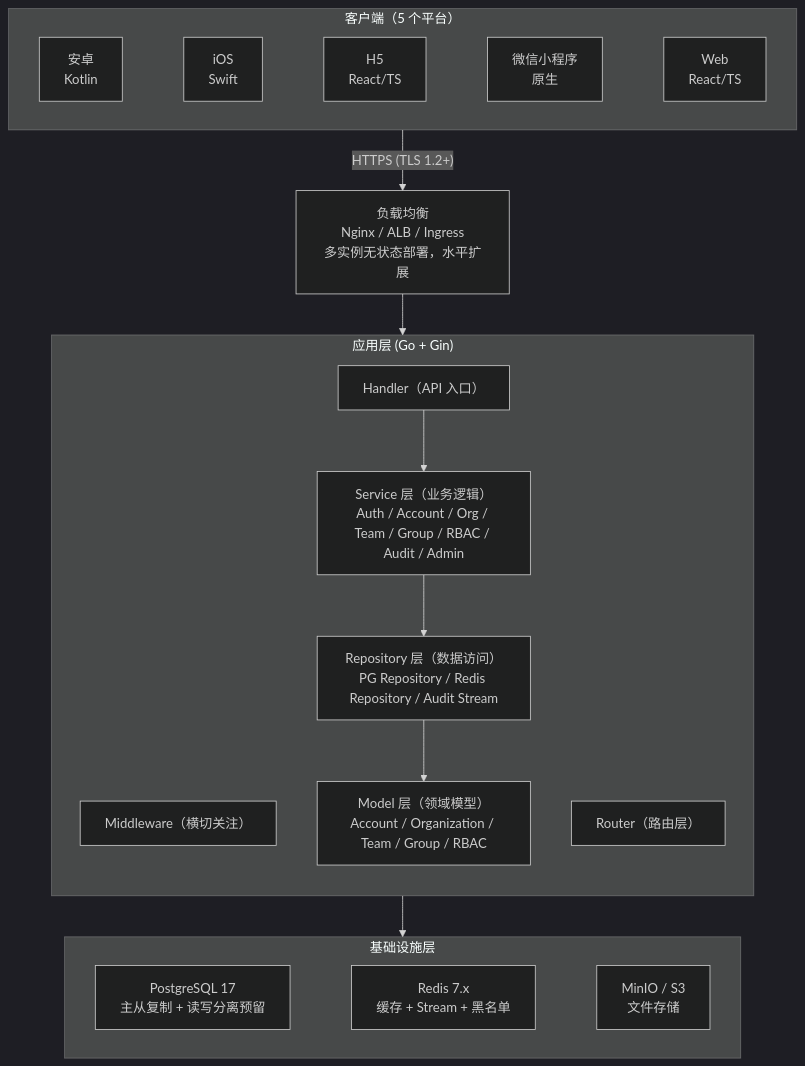
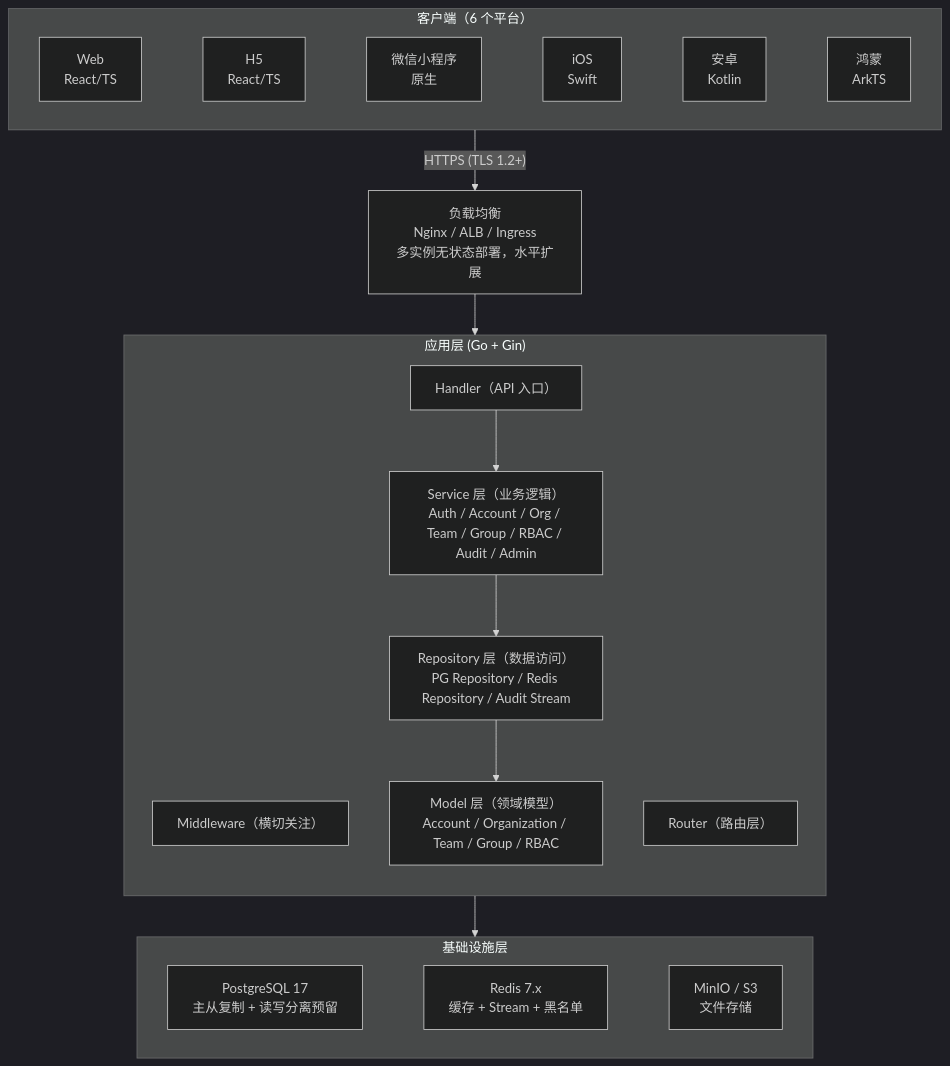
One commit to huangsf89757/XYFamily changed the first of 3 diagrams in wiki/03-架构与方案设计/01-基座/01-整体架构设计.md. Above: the diagram before and after it, drawn with Mermaid (dark theme). The commit also changed other lines of this file and 388 other files, not shown here.

````diff
--- a/wiki/03-架构与方案设计/01-基座/01-整体架构设计.md
+++ b/wiki/03-架构与方案设计/01-基座/01-整体架构设计.md
@@ -81,33 +83,33 @@
 ```mermaid
 graph TB
-    subgraph Client["客户端（5 个平台）"]
+    subgraph Client["客户端（6 个平台）"]
         direction LR
-        C1["安卓<br/>Kotlin"] ~~~ C2["iOS<br/>Swift"] ~~~ C3["H5<br/>React/TS"] ~~~ C4["微信小程序<br/>原生"] ~~~ C5["Web<br/>React/TS"]
+        C1["Web<br/>React/TS"] ~~~ C2["H5<br/>React/TS"] ~~~ C3["微信小程序<br/>原生"] ~~~ C4["iOS<br/>Swift"] ~~~ C5["安卓<br/>Kotlin"] ~~~ C6["鸿蒙<br/>ArkTS"]
     end
 
     Client -->|"HTTPS (TLS 1.2+)"| LB
 
     LB["负载均衡<br/>Nginx / ALB / Ingress<br/>多实例无状态部署，水平扩展"]
 
     LB --> App
 
     subgraph App["应用层 (Go + Gin)"]
         direction TB
         MW["Middleware（横切关注）"]
         RT["Router（路由层）"]
         H["Handler（API 入口）"]
         H --> SVC
         SVC["Service 层（业务逻辑）<br/>Auth / Account / Org / Team / Group / RBAC / Audit / Admin"]
         SVC --> REPO
         REPO["Repository 层（数据访问）<br/>PG Repository / Redis Repository / Audit Stream"]
         REPO --> MOD
         MOD["Model 层（领域模型）<br/>Account / Organization / Team / Group / RBAC"]
     end
 
     App --> Infra
 
     subgraph Infra["基础设施层"]
         direction LR
         PG["PostgreSQL 17<br/>主从复制 + 读写分离预留"] ~~~ RD["Redis 7.x<br/>缓存 + Stream + 黑名单"] ~~~ MN["MinIO / S3<br/>文件存储"]
     end
 ```
````
